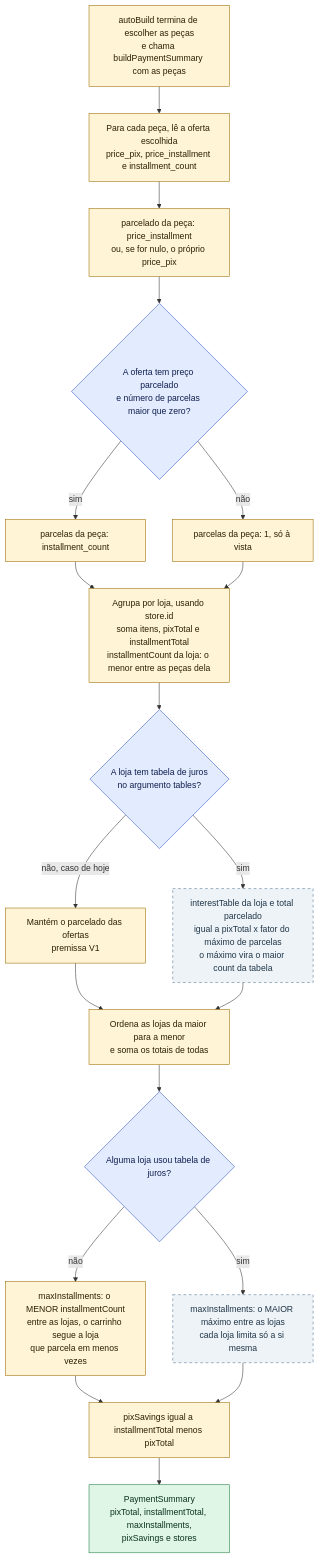
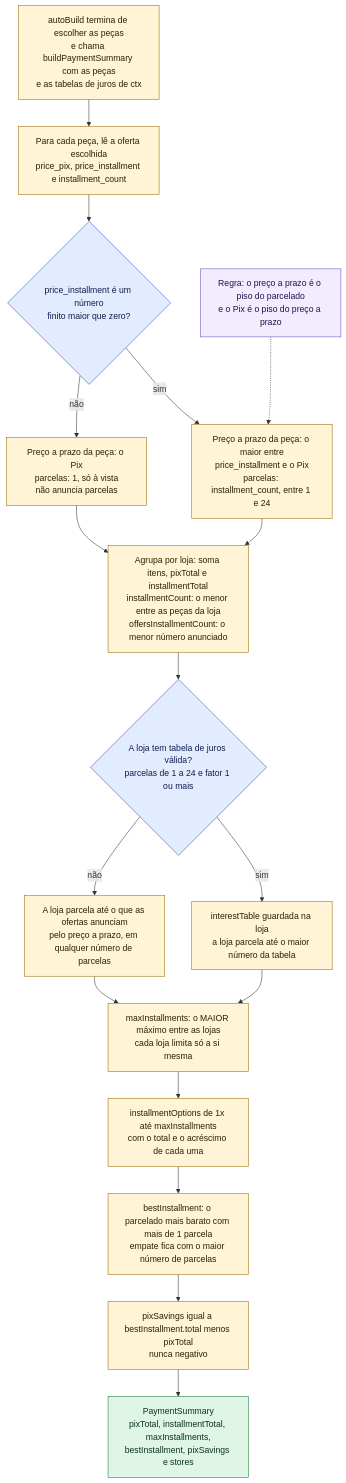
The first of 4 diagrams in docs/diagramas/fluxo-pagamento.md (FEJAPA/Garimpo-PC), drawn with Mermaid before and after one commit. The commit also changed other lines of this file and 13 other files, not shown here.

````diff
--- a/docs/diagramas/fluxo-pagamento.md
+++ b/docs/diagramas/fluxo-pagamento.md
@@ -30,28 +40,26 @@
 ```mermaid
 flowchart TD
     classDef passo fill:#fff4d6,stroke:#9a6b00,color:#2b2200
     classDef decisao fill:#e3ecff,stroke:#2f4fbf,color:#0f1d4d
     classDef ok fill:#dff5e6,stroke:#1b7a3f,color:#0b3320
     classDef regra fill:#f3ecff,stroke:#6a4bc4,color:#22124d
-    classDef v2pronto fill:#eef3f7,stroke:#4f7390,stroke-dasharray:5 5,color:#1f3547
 
-    A["autoBuild termina de escolher as peças<br/>e chama buildPaymentSummary com as peças"]:::passo
+    A["autoBuild termina de escolher as peças<br/>e chama buildPaymentSummary com as peças<br/>e as tabelas de juros de ctx"]:::passo
     A --> B["Para cada peça, lê a oferta escolhida<br/>price_pix, price_installment e installment_count"]:::passo
-    B --> C["parcelado da peça: price_installment<br/>ou, se for nulo, o próprio price_pix"]:::passo
-    C --> D{"A oferta tem preço parcelado<br/>e número de parcelas maior que zero?"}:::decisao
-    D -->|"sim"| D1["parcelas da peça: installment_count"]:::passo
-    D -->|"não"| D2["parcelas da peça: 1, só à vista"]:::passo
-    D1 --> E
-    D2 --> E["Agrupa por loja, usando store.id<br/>soma itens, pixTotal e installmentTotal<br/>installmentCount da loja: o menor entre as peças dela"]:::passo
-    E --> F{"A loja tem tabela de juros<br/>no argumento tables?"}:::decisao
-    F -->|"não, caso de hoje"| G["Mantém o parcelado das ofertas<br/>premissa V1"]:::passo
-    F -->|"sim"| H["interestTable da loja e total parcelado<br/>igual a pixTotal x fator do máximo de parcelas<br/>o máximo vira o maior count da tabela"]:::v2pronto
+    B --> C{"price_installment é um número<br/>finito maior que zero?"}:::decisao
+    C -->|"não"| C1["Preço a prazo da peça: o Pix<br/>parcelas: 1, só à vista<br/>não anuncia parcelas"]:::passo
+    C -->|"sim"| C2["Preço a prazo da peça: o maior entre<br/>price_installment e o Pix<br/>parcelas: installment_count, entre 1 e 24"]:::passo
+    C1 --> E
+    C2 --> E["Agrupa por loja: soma itens, pixTotal e installmentTotal<br/>installmentCount: o menor entre as peças da loja<br/>offersInstallmentCount: o menor número anunciado"]:::passo
+    E --> F{"A loja tem tabela de juros válida?<br/>parcelas de 1 a 24 e fator 1 ou mais"}:::decisao
+    F -->|"não"| G["A loja parcela até o que as ofertas anunciam<br/>pelo preço a prazo, em qualquer número de parcelas"]:::passo
+    F -->|"sim"| H["interestTable guardada na loja<br/>a loja parcela até o maior número da tabela"]:::passo
     G --> I
-    H --> I["Ordena as lojas da maior para a menor<br/>e soma os totais de todas"]:::passo
-    I --> J{"Alguma loja usou tabela de juros?"}:::decisao
-    J -->|"não"| K["maxInstallments: o MENOR installmentCount<br/>entre as lojas, o carrinho segue a loja<br/>que parcela em menos vezes"]:::passo
-    J -->|"sim"| L["maxInstallments: o MAIOR máximo entre as lojas<br/>cada loja limita só a si mesma"]:::v2pronto
-    K --> M
-    L --> M["pixSavings igual a installmentTotal menos pixTotal"]:::passo
-    M --> N["PaymentSummary<br/>pixTotal, installmentTotal, maxInstallments,<br/>pixSavings e stores"]:::ok
+    H --> I["maxInstallments: o MAIOR máximo entre as lojas<br/>cada loja limita só a si mesma"]:::passo
+    I --> J["installmentOptions de 1x até maxInstallments<br/>com o total e o acréscimo de cada uma"]:::passo
+    J --> K["bestInstallment: o parcelado mais barato com mais de 1 parcela<br/>empate fica com o maior número de parcelas"]:::passo
+    K --> L["pixSavings igual a bestInstallment.total menos pixTotal<br/>nunca negativo"]:::passo
+    L --> N["PaymentSummary<br/>pixTotal, installmentTotal, maxInstallments,<br/>bestInstallment, pixSavings e stores"]:::ok
+    R["Regra: o preço a prazo é o piso do parcelado<br/>e o Pix é o piso do preço a prazo"]:::regra
+    R -.-> C2
 ```
````
